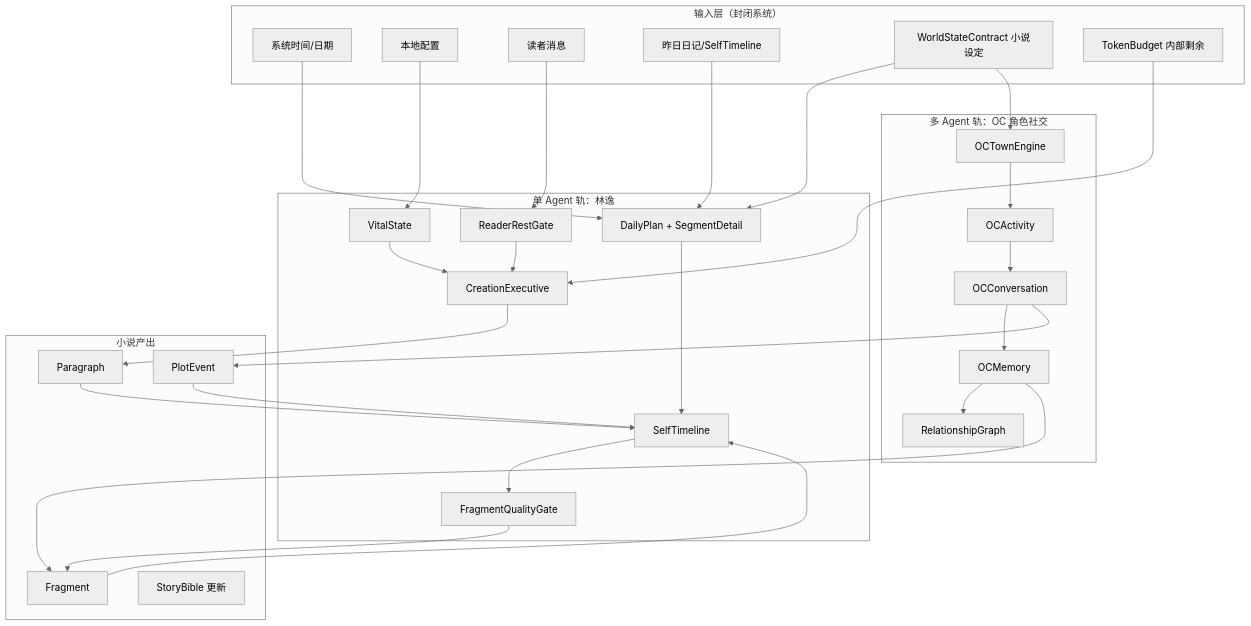
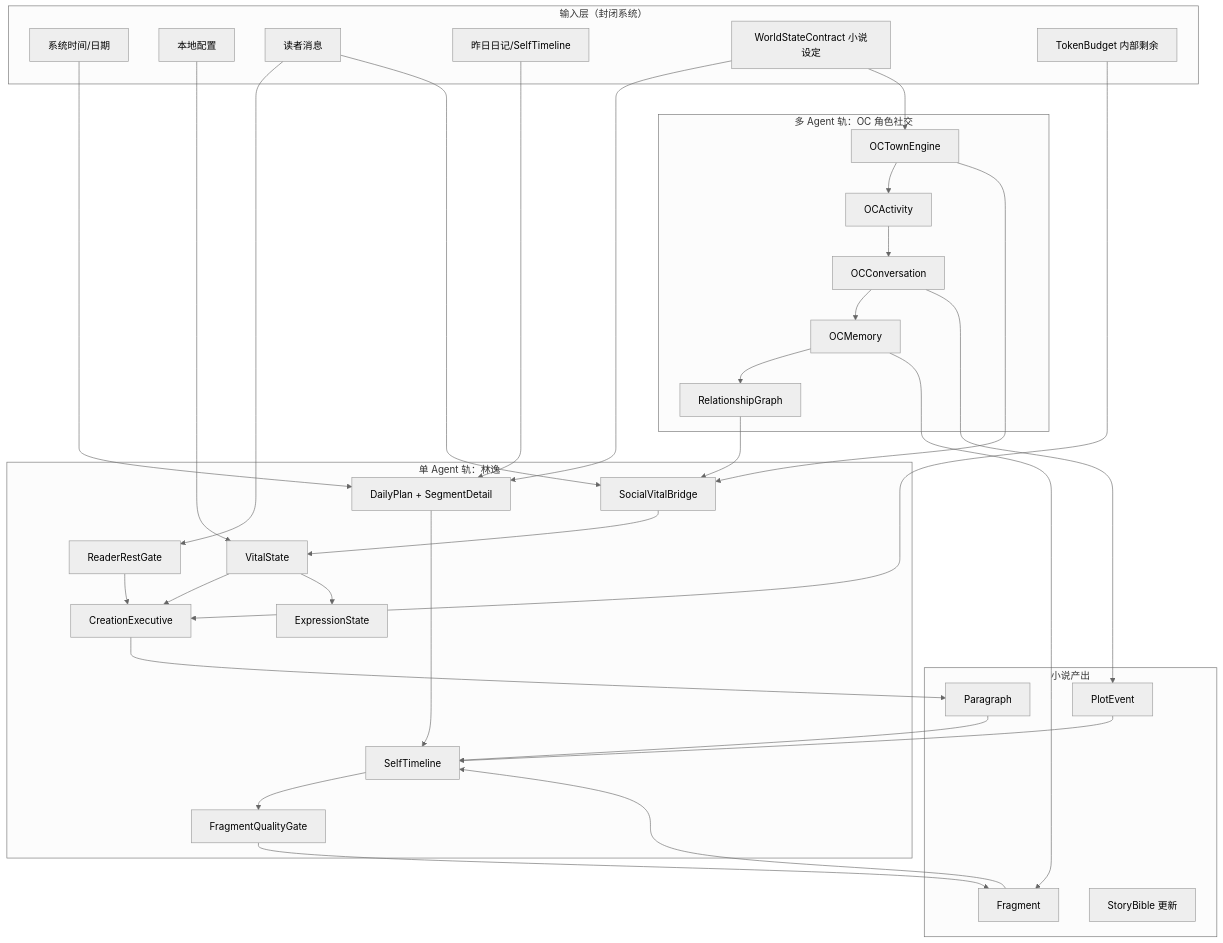
One commit to HeDaas-Code/LinYi changed the first of 4 diagrams in docs/拟人化日程节律与角色社交补强方案_v2.md. Above: the diagram before and after it, drawn with Mermaid (neutral theme). The commit also changed other lines of this file and 14 other files, not shown here.

First line of the commit message:
feat(social,vital): add SocialVitalBridge and expression integration

````diff
--- a/docs/拟人化日程节律与角色社交补强方案_v2.md
+++ b/docs/拟人化日程节律与角色社交补强方案_v2.md
@@ -109,61 +109,68 @@
 ```mermaid
 flowchart TB
     subgraph Input["输入层（封闭系统）"]
         I1[系统时间/日期]
         I2[本地配置]
         I3[读者消息]
         I4[昨日日记/SelfTimeline]
         I5[WorldStateContract 小说设定]
         I6[TokenBudget 内部剩余]
     end
 
     subgraph Single["单 Agent 轨：林逸"]
         S1[VitalState]
         S2[DailyPlan + SegmentDetail]
         S3[FragmentQualityGate]
         S4[SelfTimeline]
         S5[ReaderRestGate]
         S6[CreationExecutive]
+        S7[SocialVitalBridge]
+        S8[ExpressionState]
     end
 
     subgraph Multi["多 Agent 轨：OC 角色社交"]
         M1[OCTownEngine]
         M2[OCActivity]
         M3[OCConversation]
         M4[OCMemory]
         M5[RelationshipGraph]
     end
 
     subgraph Output["小说产出"]
         O1[Fragment]
         O2[Paragraph]
         O3[PlotEvent]
         O4[StoryBible 更新]
     end
 
     I1 --> S2
     I2 --> S1
     I3 --> S5
+    I3 --> S7
     I4 --> S2
     I5 --> S2
     I5 --> M1
     I6 --> S6
 
     S2 --> S4
     S4 --> S3
     S3 --> O1
     S1 --> S6
+    S1 --> S8
     S5 --> S6
     S6 --> O2
 
     M1 --> M2
     M2 --> M3
     M3 --> M4
     M4 --> M5
     M3 --> O3
     M4 --> O1
+    M1 --> S7
+    M5 --> S7
+    S7 --> S1
 
     O1 --> S4
     O2 --> S4
     O3 --> S4
 ```
````
